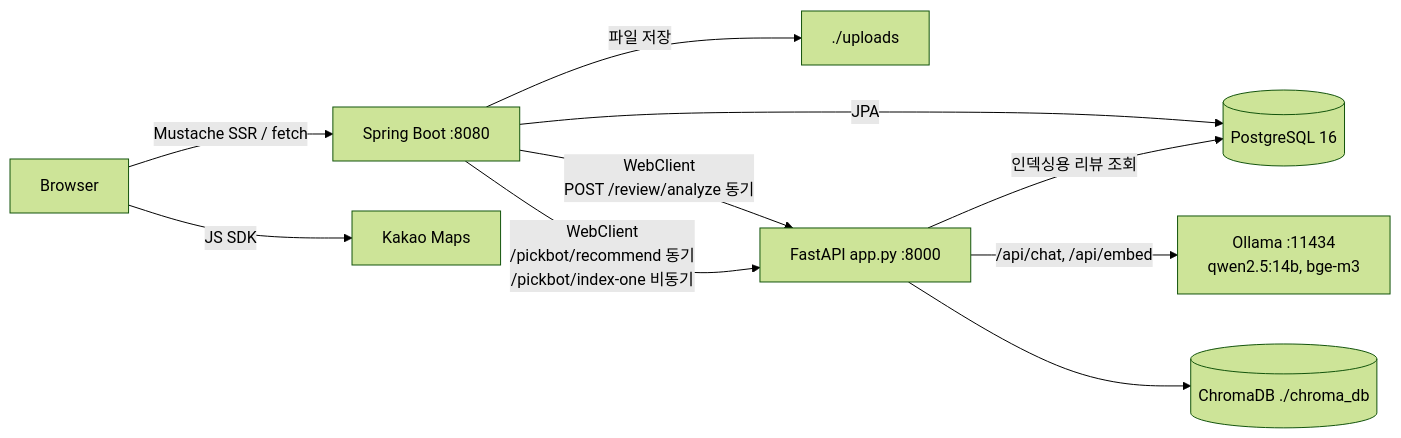
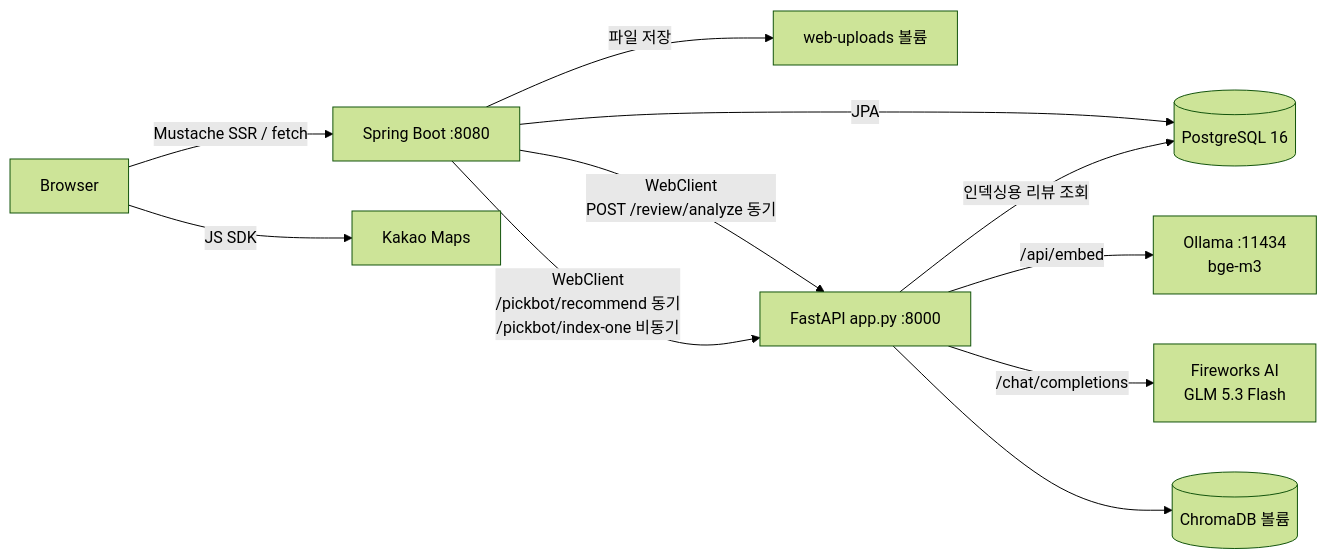
The diagram in README.md (HsH1121/MyPickCafe), drawn with Mermaid (forest theme) before and after one commit. The commit also changed other lines of this file, not shown here.

````diff
--- a/README.md
+++ b/README.md
@@ -20,12 +25,13 @@
 ```mermaid
 flowchart LR
     B[Browser] -->|Mustache SSR / fetch| S[Spring Boot :8080]
     B -->|JS SDK| K[Kakao Maps]
     S -->|JPA| P[(PostgreSQL 16)]
-    S -->|파일 저장| U[./uploads]
+    S -->|파일 저장| U[web-uploads 볼륨]
     S -->|WebClient<br/>POST /review/analyze 동기| F[FastAPI app.py :8000]
     S -->|WebClient<br/>/pickbot/recommend 동기<br/>/pickbot/index-one 비동기| F
-    F -->|/api/chat, /api/embed| O[Ollama :11434<br/>qwen2.5:14b, bge-m3]
+    F -->|/api/embed| O[Ollama :11434<br/>bge-m3]
+    F -->|/chat/completions| L[Fireworks AI<br/>GLM 5.3 Flash]
     F -->|인덱싱용 리뷰 조회| P
-    F --> C[(ChromaDB ./chroma_db)]
+    F --> C[(ChromaDB 볼륨)]
 ```
````
